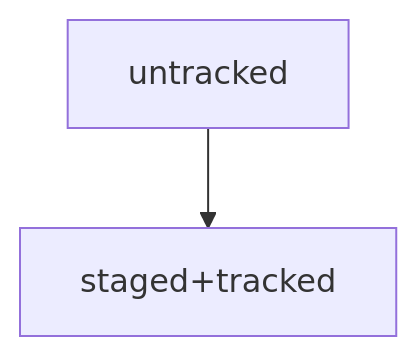
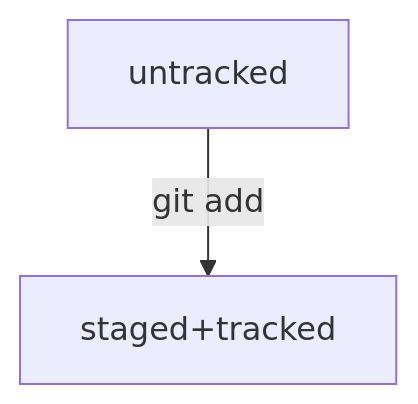
One commit to k-vyaznikova/help_project changed the diagram in readme.md. Above: the diagram before and after it, drawn with Mermaid. The commit also changed 1 other file, not shown here.

Commit message:
новые данные в шпаргалке

````diff
--- a/readme.md
+++ b/readme.md
@@ -37,4 +37,4 @@
 ```mermaid
 graph TD;
-A[untracked]-->B[staged+tracked]
+A[untracked]--git add-->B[staged+tracked]
 ```
````
